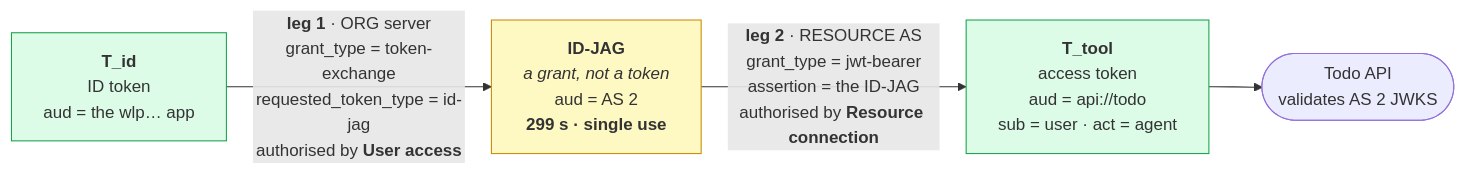
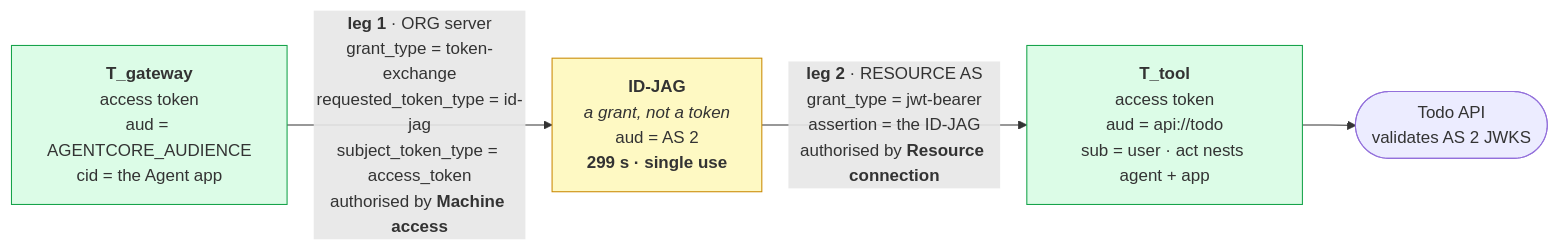
One commit to BharathiSrini/amazon-bedrock-agentcore-samples changed the third of 3 diagrams in 01-features/05-authenticate-and-authorize/08-okta-xaa-delegation-chain/README.md. Above: the diagram before and after it, drawn with Mermaid. The commit also changed other lines of this file and 12 other files, not shown here.

First line of the commit message:
feat(auth/okta-xaa): exchange the access token at ID-JAG leg 1 via Okta Machine access (#2132)

````diff
--- a/01-features/05-authenticate-and-authorize/08-okta-xaa-delegation-chain/README.md
+++ b/01-features/05-authenticate-and-authorize/08-okta-xaa-delegation-chain/README.md
@@ -101,16 +112,16 @@
 ```mermaid
 flowchart LR
-    TID["<b>T_id</b><br/>ID token<br/>aud = the wlp… app"]
+    TGW["<b>T_gateway</b><br/>access token<br/>aud = AGENTCORE_AUDIENCE<br/>cid = the Agent app"]
     JAG["<b>ID-JAG</b><br/><i>a grant, not a token</i><br/>aud = AS 2<br/><b>299 s · single use</b>"]
-    TOOL["<b>T_tool</b><br/>access token<br/>aud = api://todo<br/>sub = user · act = agent"]
+    TOOL["<b>T_tool</b><br/>access token<br/>aud = api://todo<br/>sub = user · act nests agent + app"]
     API(["Todo API<br/>validates AS 2 JWKS"])
 
-    TID -->|"<b>leg 1</b> · ORG server<br/>grant_type = token-exchange<br/>requested_token_type = id-jag<br/>authorised by <b>User access</b>"| JAG
+    TGW -->|"<b>leg 1</b> · ORG server<br/>grant_type = token-exchange<br/>requested_token_type = id-jag<br/>subject_token_type = access_token<br/>authorised by <b>Machine access</b>"| JAG
     JAG -->|"<b>leg 2</b> · RESOURCE AS<br/>grant_type = jwt-bearer<br/>assertion = the ID-JAG<br/>authorised by <b>Resource connection</b>"| TOOL
     TOOL --> API
 
     classDef grant fill:#fef9c3,stroke:#ca8a04
     classDef token fill:#dcfce7,stroke:#16a34a
     class JAG grant
-    class TID,TOOL token
+    class TGW,TOOL token
 ```
````
